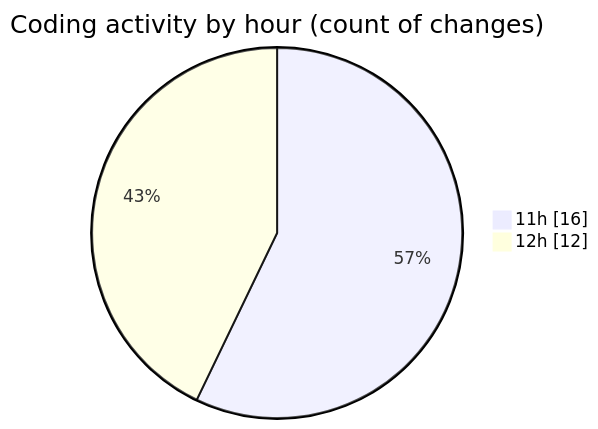
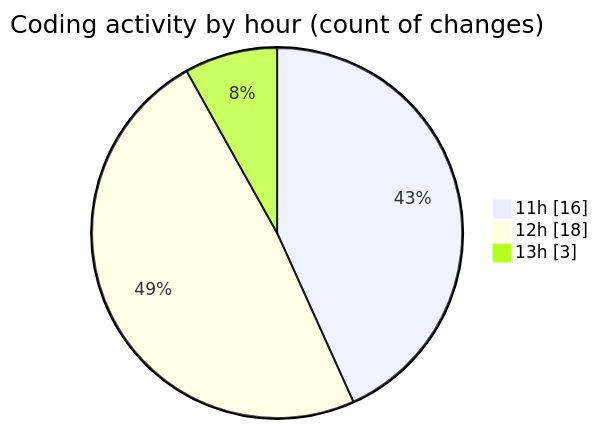
One commit to nxtqubesakshisongat/code-tracking changed the second of 2 diagrams in 2025-10-01/nxtqube_webapp/README.md. Above: the diagram before and after it, drawn with Mermaid. The commit also changed other lines of this file and 1 other file, not shown here.

````diff
--- a/2025-10-01/nxtqube_webapp/README.md
+++ b/2025-10-01/nxtqube_webapp/README.md
@@ -31,6 +31,7 @@
 ```mermaid
 pie showData
 title Coding activity by hour (count of changes)
 "11h" : 16
-"12h" : 12
+"12h" : 18
+"13h" : 3
 ```
````
